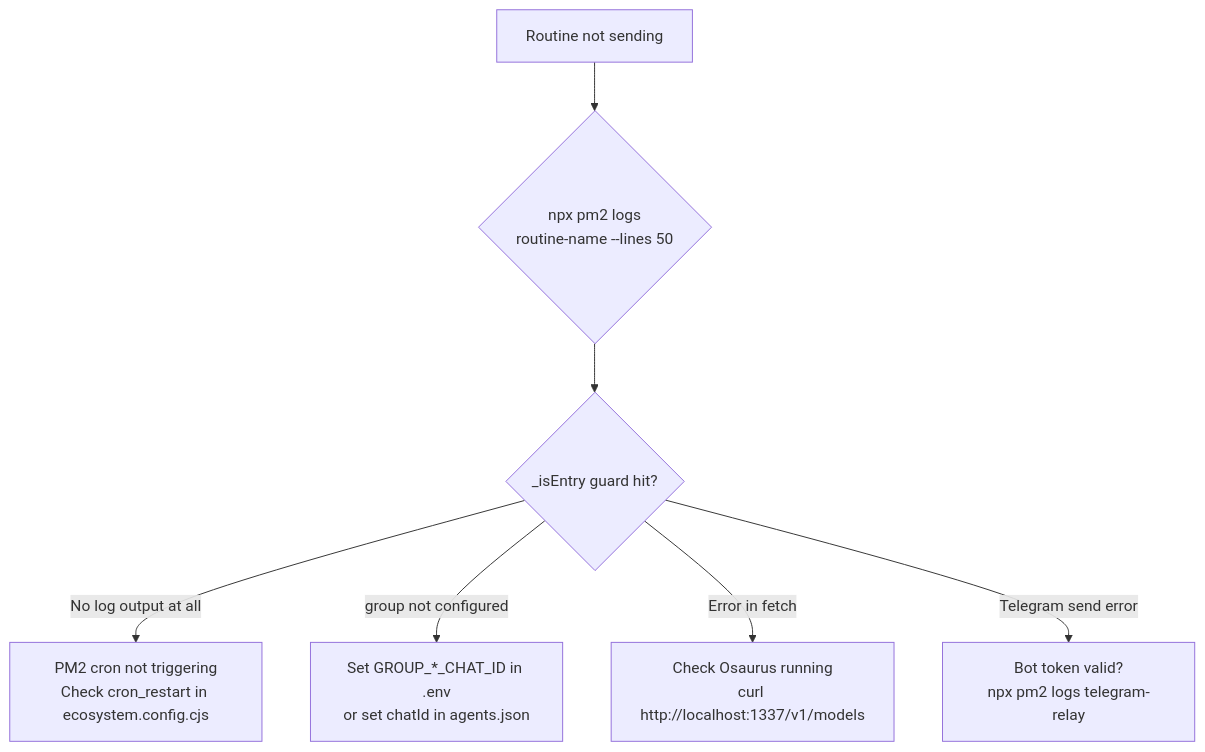
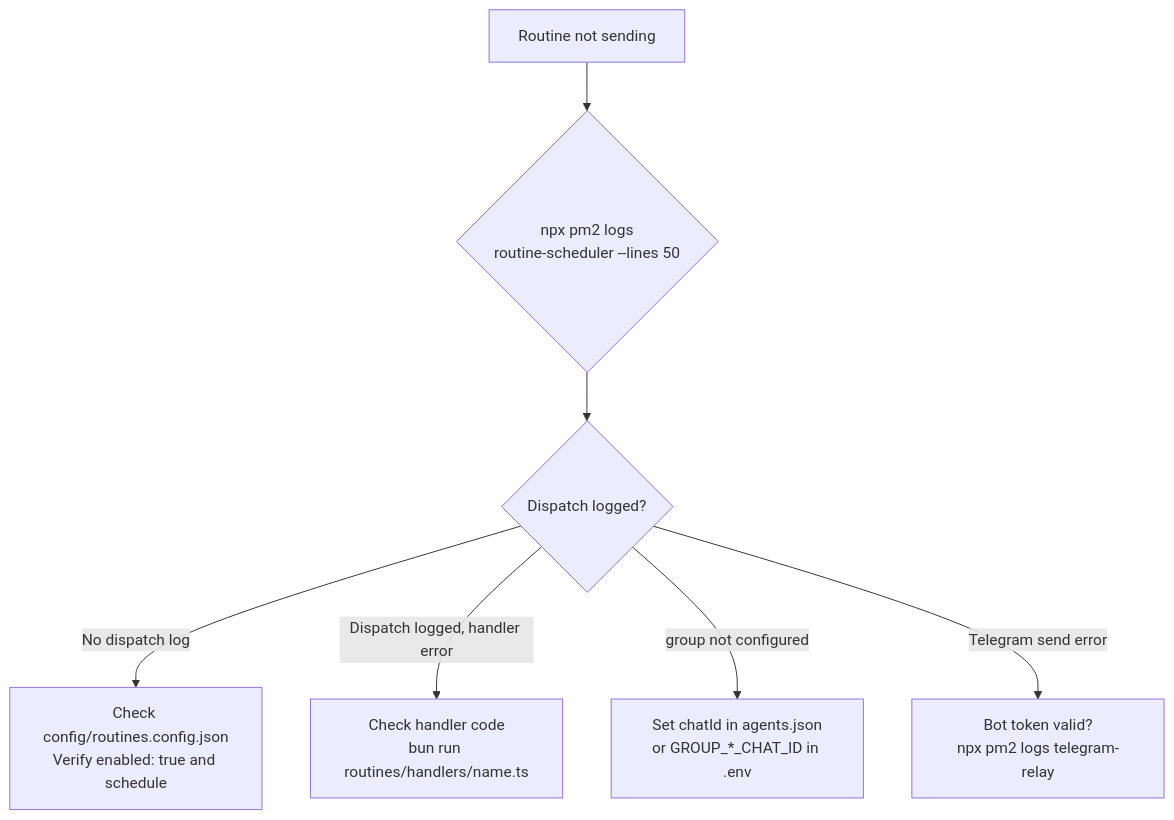
One commit to furi-wigt/claude-telegram-relay changed the fourth of 5 diagrams in docs/observability.md. Above: the diagram before and after it, drawn with Mermaid. The commit also changed other lines of this file and 27 other files, not shown here.

````diff
--- a/docs/observability.md
+++ b/docs/observability.md
@@ -262,9 +319,9 @@
 ```mermaid
 flowchart TD
-    A[Routine not sending] --> B{npx pm2 logs\nroutine-name --lines 50}
-    B --> C{_isEntry guard hit?}
-    C -->|No log output at all| D[PM2 cron not triggering\nCheck cron_restart in ecosystem.config.cjs]
-    C -->|"group not configured"| E[Set GROUP_*_CHAT_ID in .env\nor set chatId in agents.json]
-    C -->|Error in fetch| F[Check Osaurus running\ncurl http://localhost:1337/v1/models]
+    A[Routine not sending] --> B{npx pm2 logs\nroutine-scheduler --lines 50}
+    B --> C{Dispatch logged?}
+    C -->|No dispatch log| D[Check config/routines.config.json\nVerify enabled: true and schedule]
+    C -->|Dispatch logged, handler error| E[Check handler code\nbun run routines/handlers/name.ts]
+    C -->|"group not configured"| F[Set chatId in agents.json\nor GROUP_*_CHAT_ID in .env]
     C -->|Telegram send error| G[Bot token valid?\nnpx pm2 logs telegram-relay]
 ```
````
